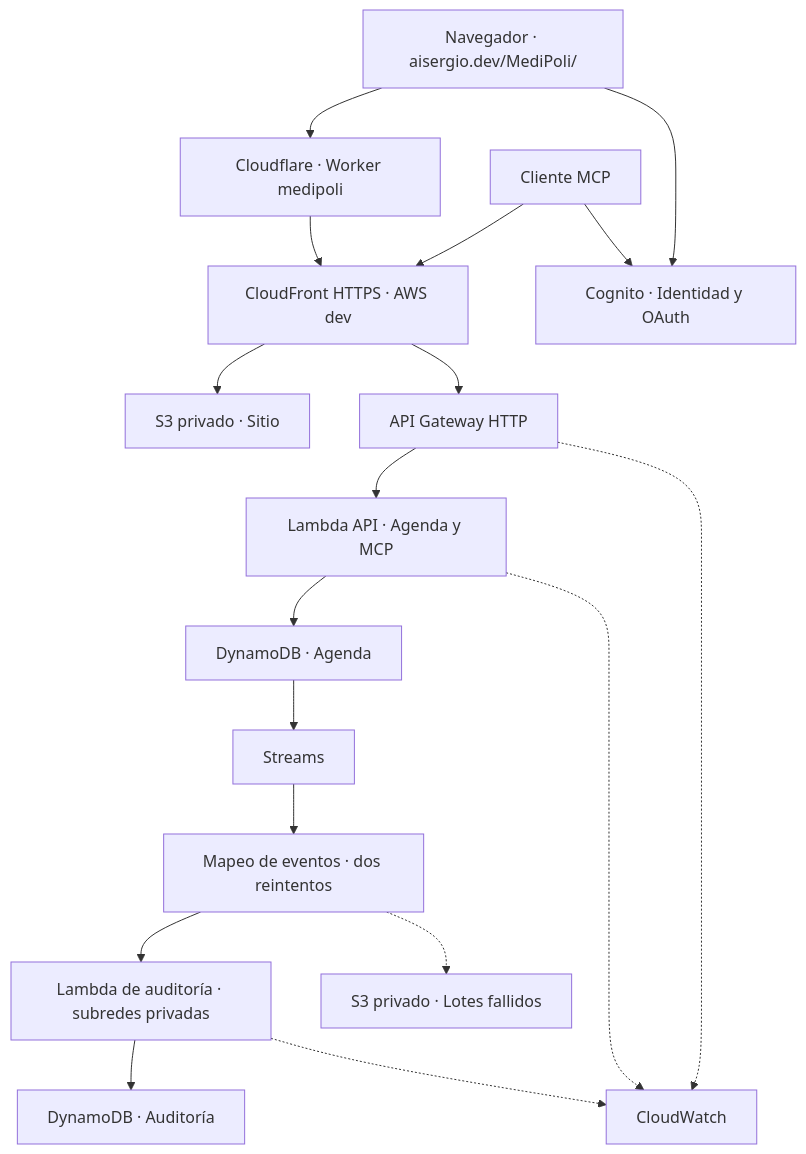
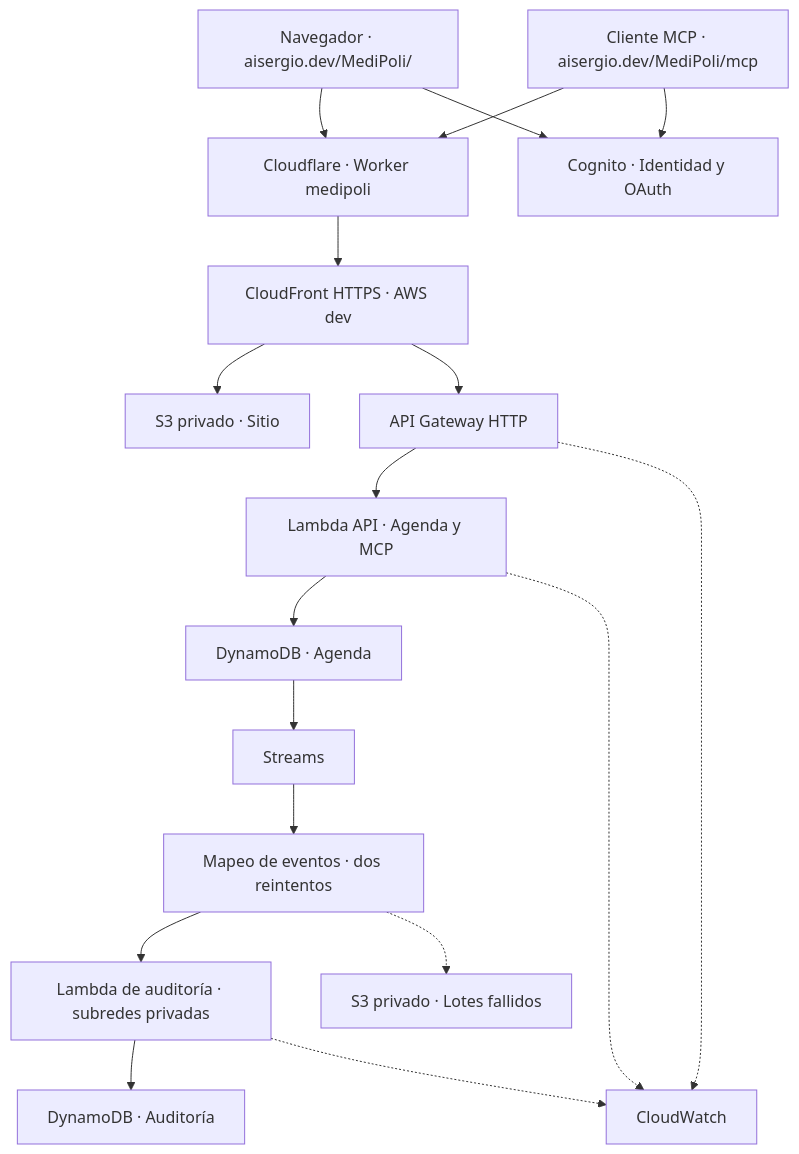
One commit to aisergio/MediPoli changed the diagram in diagramas/u3/01-arquitectura.mmd. Above: the diagram before and after it, drawn with Mermaid. The commit also changed 2 other files, not shown here.

Commit message:
Registra la prueba pública de MCP y el despliegue final de dev

```diff
--- a/diagramas/u3/01-arquitectura.mmd
+++ b/diagramas/u3/01-arquitectura.mmd
@@ -1,15 +1,15 @@
 flowchart TB
   WEB["Navegador · aisergio.dev/MediPoli/"] --> W["Cloudflare · Worker medipoli"]
   W --> CF["CloudFront HTTPS · AWS dev"]
-  MCP["Cliente MCP"] --> CF
+  MCP["Cliente MCP · aisergio.dev/MediPoli/mcp"] --> W
   WEB & MCP --> ID["Cognito · Identidad y OAuth"]
   CF --> STATIC["S3 privado · Sitio"]
   CF --> API["API Gateway HTTP"]
   API --> L["Lambda API · Agenda y MCP"]
   L --> DB["DynamoDB · Agenda"]
   DB --> E["Streams"]
   E --> M["Mapeo de eventos · dos reintentos"]
   M --> A["Lambda de auditoría · subredes privadas"]
   A --> AUD["DynamoDB · Auditoría"]
   M -.-> FAIL["S3 privado · Lotes fallidos"]
   API & L & A -.-> CW["CloudWatch"]
```
